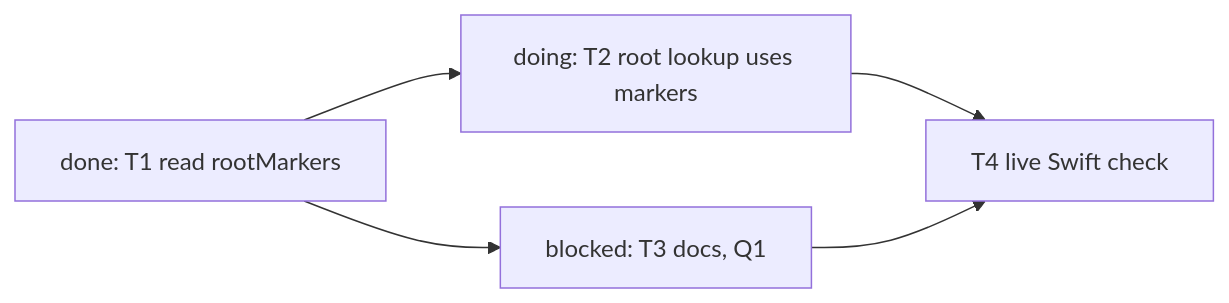
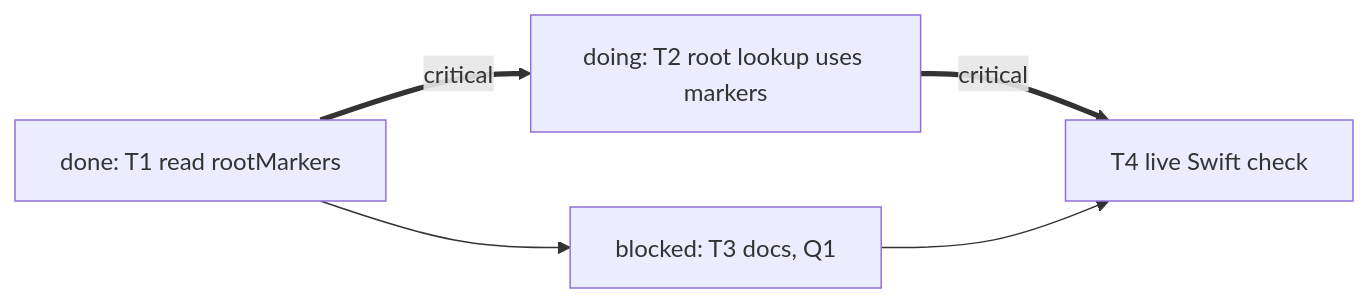
One commit to bgauryy/octocode changed the third of 3 diagrams in skills/octocode-rfc-generator/references/diagrams.md. Above: the diagram before and after it, drawn with Mermaid. The commit also changed other lines of this file and 699 other files, not shown here.

````diff
--- a/skills/octocode-rfc-generator/references/diagrams.md
+++ b/skills/octocode-rfc-generator/references/diagrams.md
@@ -54,5 +54,11 @@
 ```mermaid
 flowchart LR
-  T1["done: T1 read rootMarkers"] --> T2["doing: T2 root lookup uses markers"] --> T4["T4 live Swift check"]
-  T1 --> T3["blocked: T3 docs, Q1"] --> T4
+  T1["done: T1 read rootMarkers"]
+  T2["doing: T2 root lookup uses markers"]
+  T3["blocked: T3 docs, Q1"]
+  T4["T4 live Swift check"]
+  T1 ==>|critical| T2
+  T1 --> T3
+  T2 ==>|critical| T4
+  T3 --> T4
 ```
````
